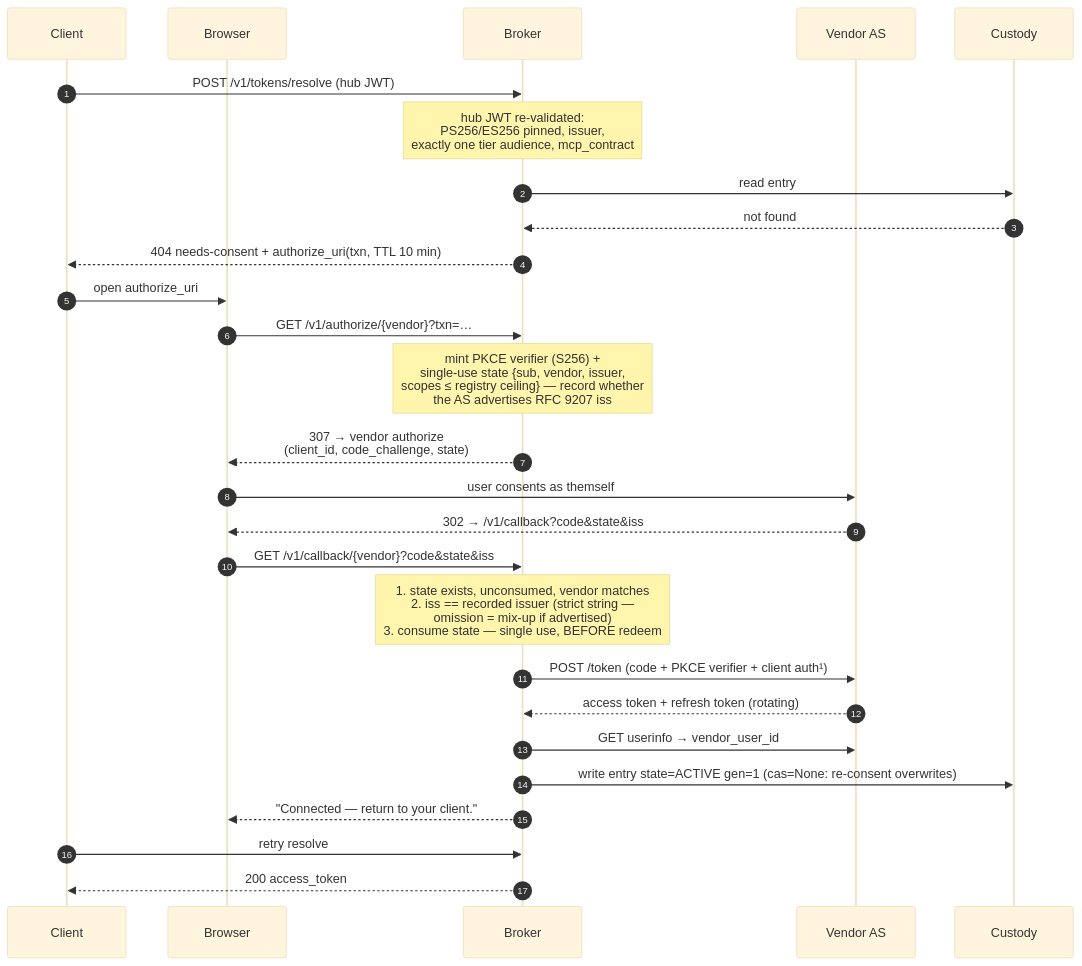
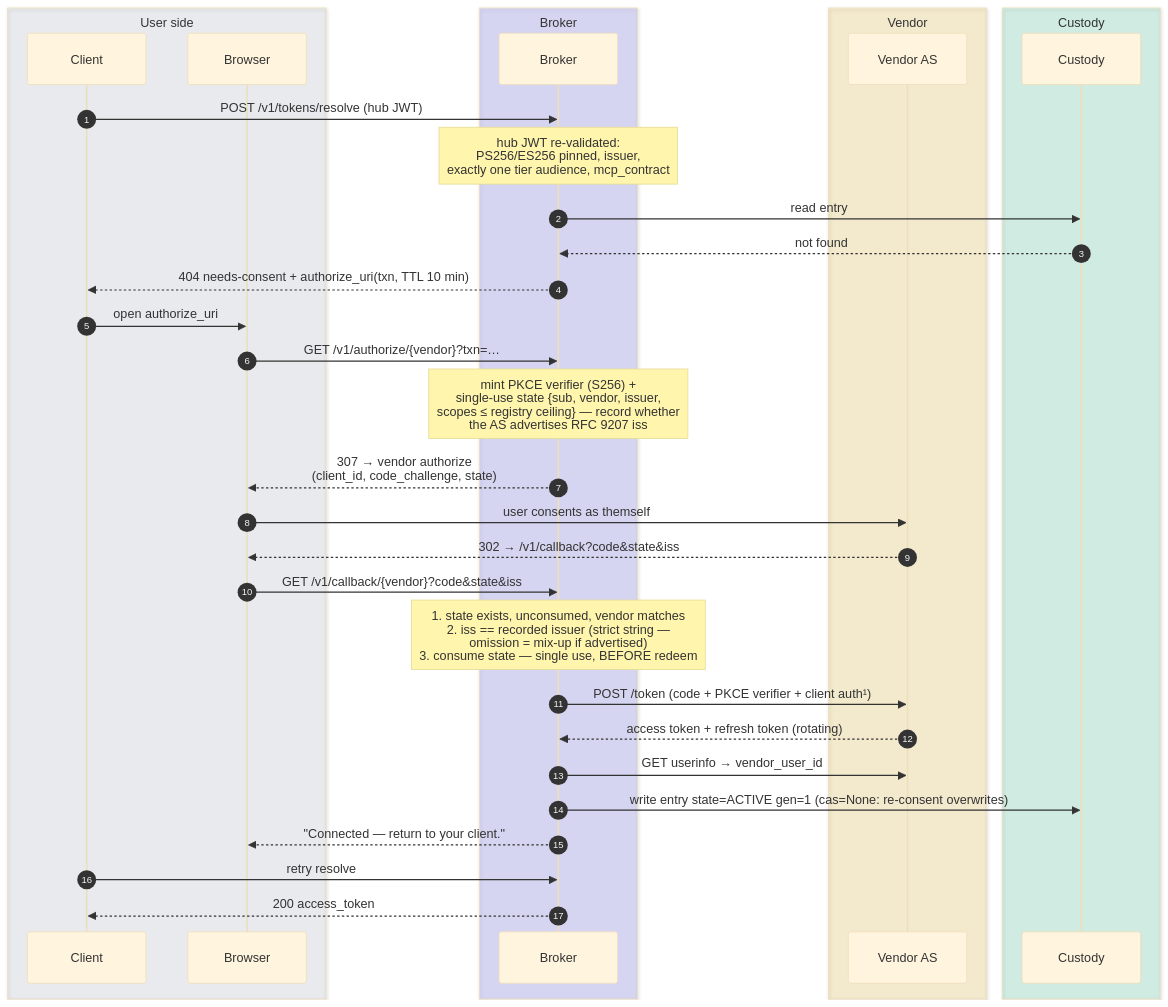
One commit to chief-builder/vendor-token-broker changed the second of 10 diagrams in docs/token-lifecycle.md. Above: the diagram before and after it, drawn with Mermaid (base theme). The commit also changed other lines of this file and 1 other file, not shown here.

First line of the commit message:
docs: theme-aware diagram colors + decluttered orientation map

````diff
--- a/docs/token-lifecycle.md
+++ b/docs/token-lifecycle.md
@@ -47,30 +61,38 @@
 ```mermaid
 sequenceDiagram
     autonumber
-    participant C as Client
-    participant UA as Browser
-    participant B as Broker
-    participant V as Vendor AS
-    participant K as Custody
+    box rgba(148,163,184,0.14) User side
+        participant C as Client
+        participant UA as Browser
+    end
+    box rgba(99,102,241,0.20) Broker
+        participant B as Broker
+    end
+    box rgba(234,179,8,0.16) Vendor
+        participant V as Vendor AS
+    end
+    box rgba(16,185,129,0.16) Custody
+        participant K as Custody
+    end
 
     C->>B: POST /v1/tokens/resolve (hub JWT)
     Note over B: hub JWT re-validated:<br/>PS256/ES256 pinned, issuer,<br/>exactly one tier audience, mcp_contract
     B->>K: read entry
     K-->>B: not found
     B-->>C: 404 needs-consent + authorize_uri(txn, TTL 10 min)
     C->>UA: open authorize_uri
     UA->>B: GET /v1/authorize/{vendor}?txn=…
     Note over B: mint PKCE verifier (S256) +<br/>single-use state {sub, vendor, issuer,<br/>scopes ≤ registry ceiling} — record whether<br/>the AS advertises RFC 9207 iss
     B-->>UA: 307 → vendor authorize<br/>(client_id, code_challenge, state)
     UA->>V: user consents as themself
     V-->>UA: 302 → /v1/callback?code&state&iss
     UA->>B: GET /v1/callback/{vendor}?code&state&iss
     Note over B: 1. state exists, unconsumed, vendor matches<br/>2. iss == recorded issuer (strict string —<br/>   omission = mix-up if advertised)<br/>3. consume state — single use, BEFORE redeem
     B->>V: POST /token (code + PKCE verifier + client auth¹)
     V-->>B: access token + refresh token (rotating)
     B->>V: GET userinfo → vendor_user_id
     B->>K: write entry state=ACTIVE gen=1 (cas=None: re-consent overwrites)
     B-->>UA: "Connected — return to your client."
     C->>B: retry resolve
     B-->>C: 200 access_token
 ```
````
